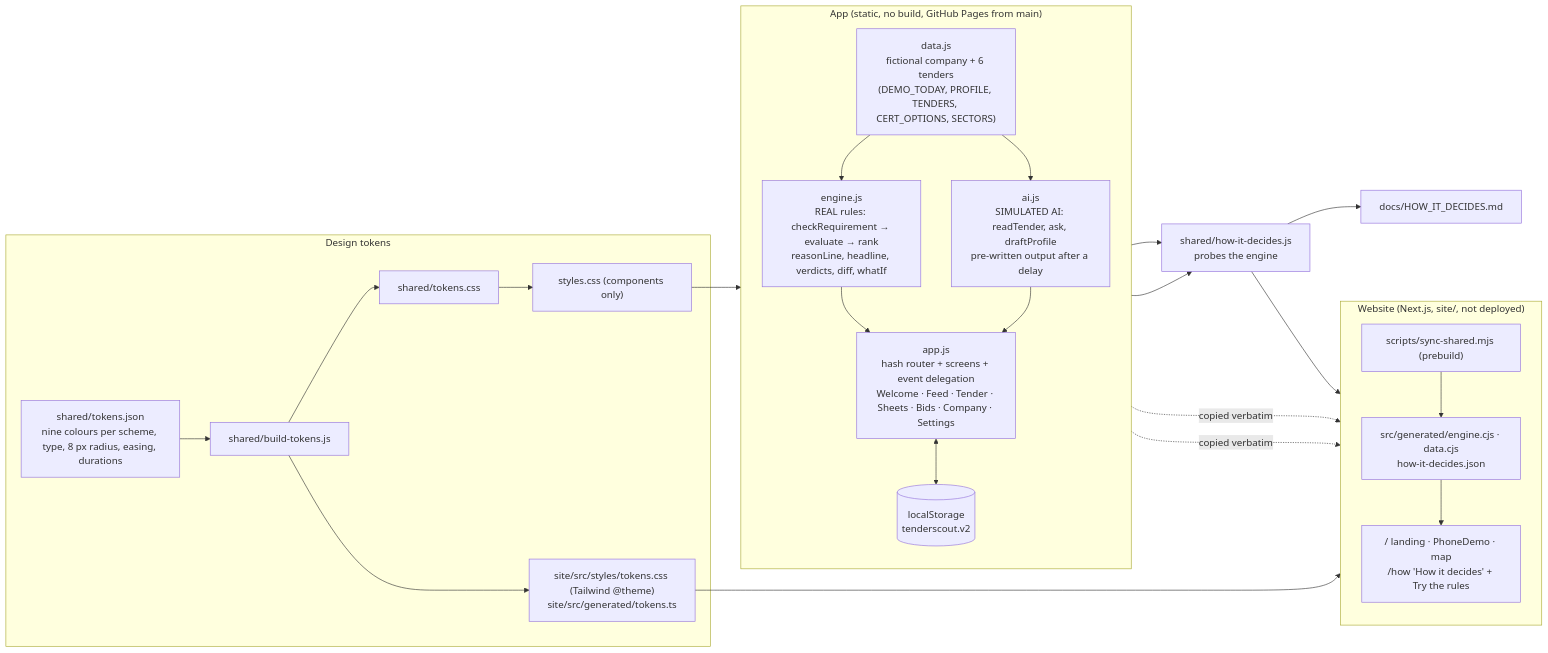
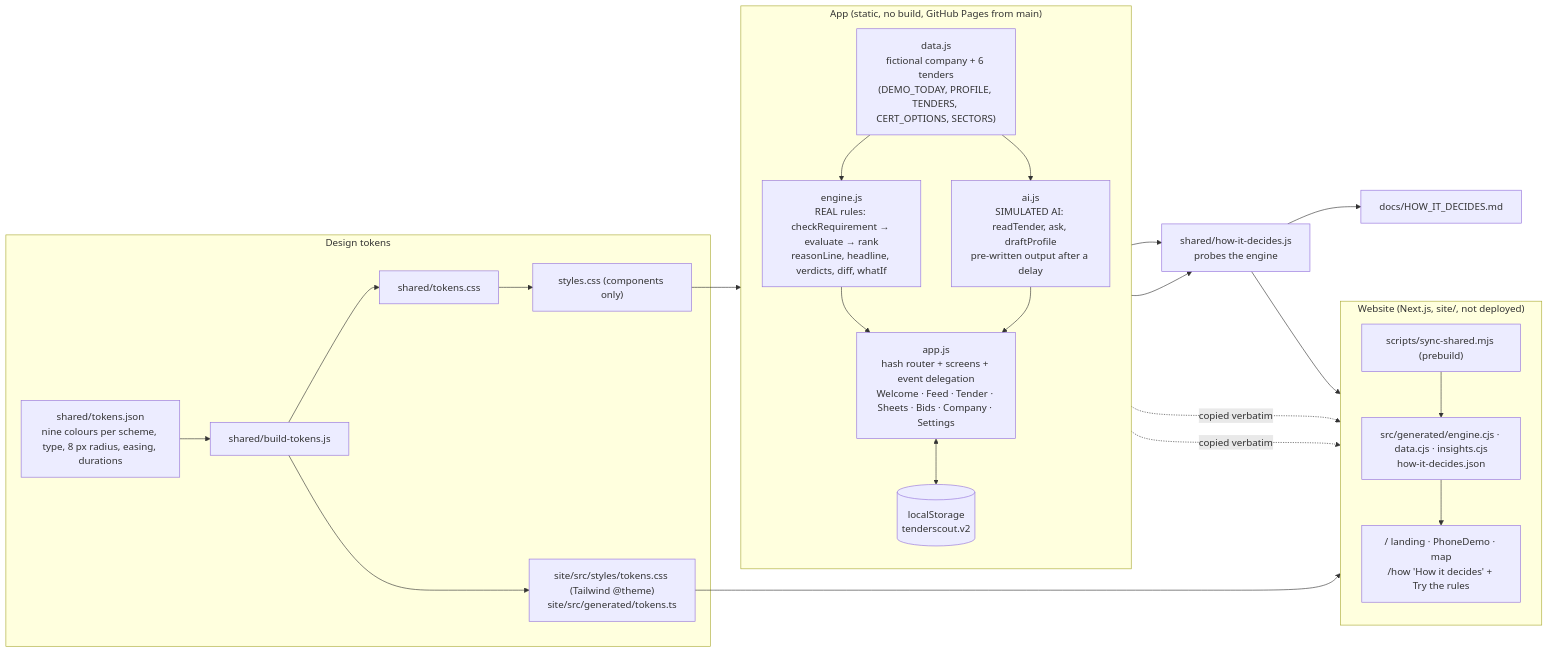
One commit to pioche8/ESCP-2627DT-C1 changed the diagram in ARCHITECTURE.md. Above: the diagram before and after it, drawn with Mermaid. The commit also changed other lines of this file and 8 other files, not shown here.

````diff
--- a/ARCHITECTURE.md
+++ b/ARCHITECTURE.md
@@ -9,36 +9,36 @@
 ```mermaid
 flowchart LR
   subgraph app["App (static, no build, GitHub Pages from main)"]
     direction TB
     data["data.js<br/>fictional company + 6 tenders<br/>(DEMO_TODAY, PROFILE, TENDERS, CERT_OPTIONS, SECTORS)"]
     engine["engine.js<br/>REAL rules: checkRequirement → evaluate → rank<br/>reasonLine, headline, verdicts, diff, whatIf"]
     ai["ai.js<br/>SIMULATED AI: readTender, ask, draftProfile<br/>pre-written output after a delay"]
     appjs["app.js<br/>hash router + screens + event delegation<br/>Welcome · Feed · Tender · Sheets · Bids · Company · Settings"]
     store[("localStorage<br/>tenderscout.v2")]
     data --> engine --> appjs
     data --> ai --> appjs
     appjs <--> store
   end
   subgraph tokens["Design tokens"]
     tj["shared/tokens.json<br/>nine colours per scheme, type, 8 px radius, easing, durations"]
     bt["shared/build-tokens.js"]
     tcss["shared/tokens.css"]
     scss["site/src/styles/tokens.css (Tailwind @theme)<br/>site/src/generated/tokens.ts"]
     tj --> bt --> tcss & scss
     tcss --> styles["styles.css (components only)"] --> appjs
   end
   subgraph site["Website (Next.js, site/, not deployed)"]
     direction TB
     sync["scripts/sync-shared.mjs (prebuild)"]
-    gen["src/generated/engine.cjs · data.cjs<br/>how-it-decides.json"]
+    gen["src/generated/engine.cjs · data.cjs · insights.cjs<br/>how-it-decides.json"]
     pages["/ landing · PhoneDemo · map<br/>/how 'How it decides' + Try the rules"]
     sync --> gen --> pages
     scss --> pages
   end
   engine -. copied verbatim .-> gen
   data -. copied verbatim .-> gen
   how["shared/how-it-decides.js<br/>probes the engine"] --> gen
   how --> hdoc["docs/HOW_IT_DECIDES.md"]
   engine --> how
   data --> how
 ```
````
